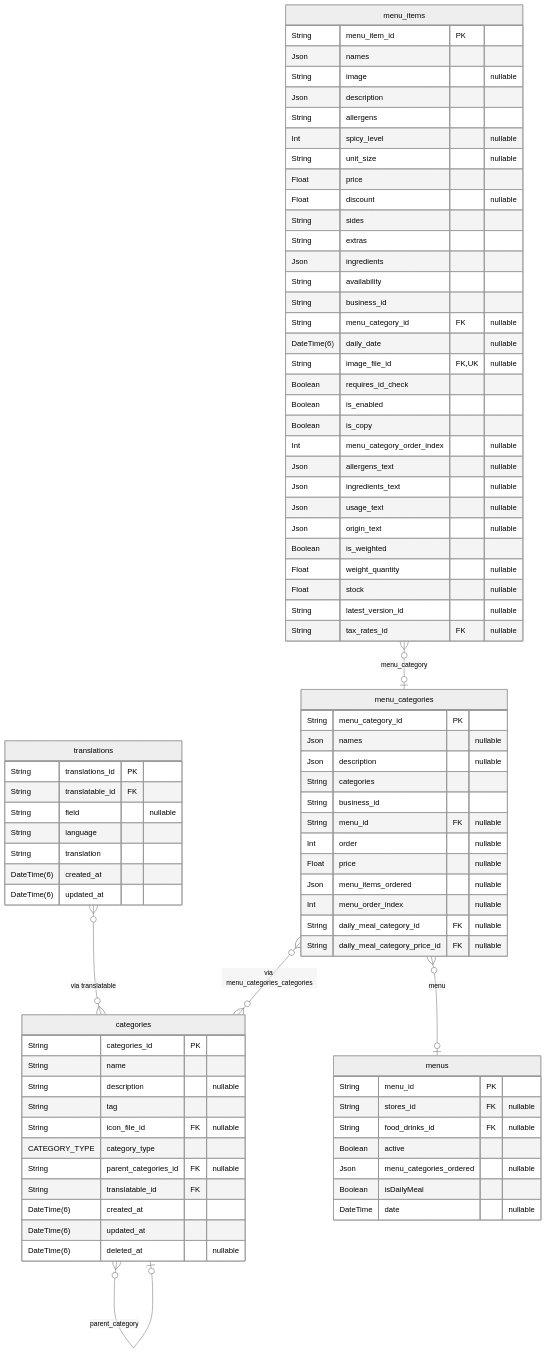
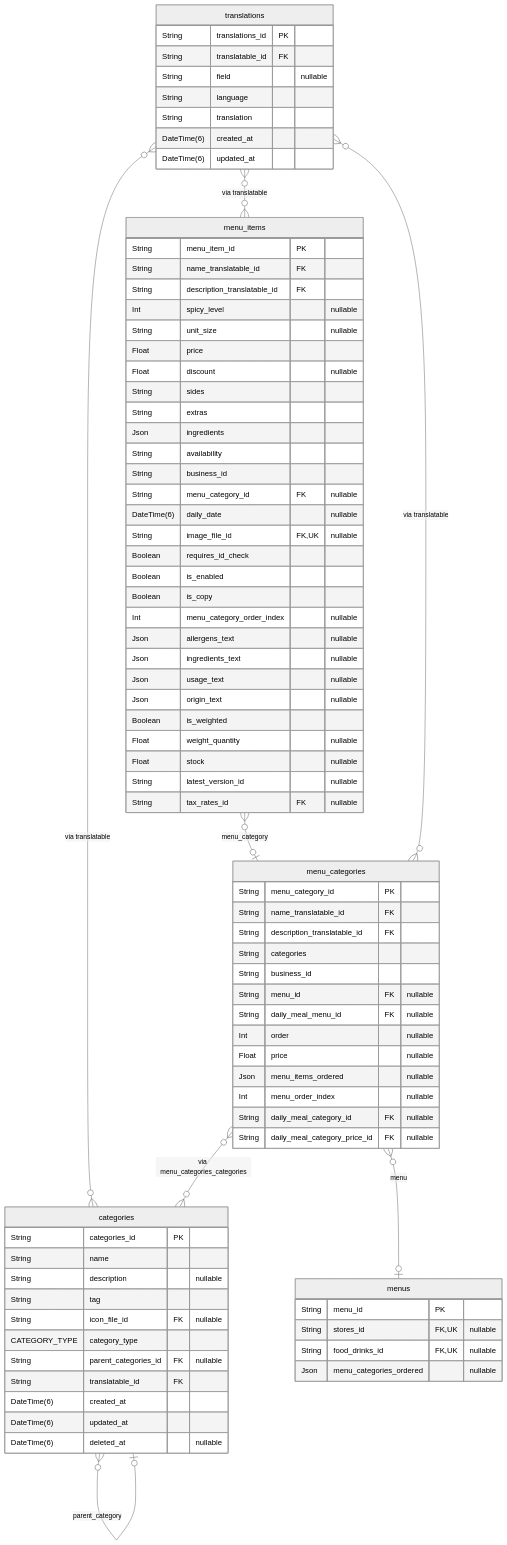
One commit to pbozic/be-analyisis changed diagram 26 of 40 in prisma/schemas/ERD.md. Above: the diagram before and after it, drawn with Mermaid (neutral theme). The commit also changed other lines of this file and 23 other files, not shown here.

Commit message:
feature: updated daily meals menu + removed telephone_number + family/business invitation

````diff
--- a/prisma/schemas/ERD.md
+++ b/prisma/schemas/ERD.md
@@ -4493,20 +4706,18 @@
 }
 "menus" {
   String menu_id PK
-  String stores_id FK "nullable"
-  String food_drinks_id FK "nullable"
-  Boolean active
+  String stores_id FK,UK "nullable"
+  String food_drinks_id FK,UK "nullable"
   Json menu_categories_ordered "nullable"
-  Boolean isDailyMeal
-  DateTime date "nullable"
 }
 "menu_categories" {
   String menu_category_id PK
-  Json names "nullable"
-  Json description "nullable"
+  String name_translatable_id FK
+  String description_translatable_id FK
   String categories
   String business_id
   String menu_id FK "nullable"
+  String daily_meal_menu_id FK "nullable"
   Int order "nullable"
   Float price "nullable"
   Json menu_items_ordered "nullable"
@@ -4525,10 +4736,8 @@
 }
 "menu_items" {
   String menu_item_id PK
-  Json names
-  String image "nullable"
-  Json description
-  String allergens
+  String name_translatable_id FK
+  String description_translatable_id FK
   Int spicy_level "nullable"
   String unit_size "nullable"
   Float price
@@ -4559,5 +4768,7 @@
 "menu_categories" }o--o| "menus" : menu
 "menu_items" }o--o| "menu_categories" : menu_category
 "translations" }o--o{ "categories" : "via translatable"
+"translations" }o--o{ "menu_categories" : "via translatable"
+"translations" }o--o{ "menu_items" : "via translatable"
 "menu_categories" }o--o{ "categories" : "via menu_categories_categories"
 ```
````
